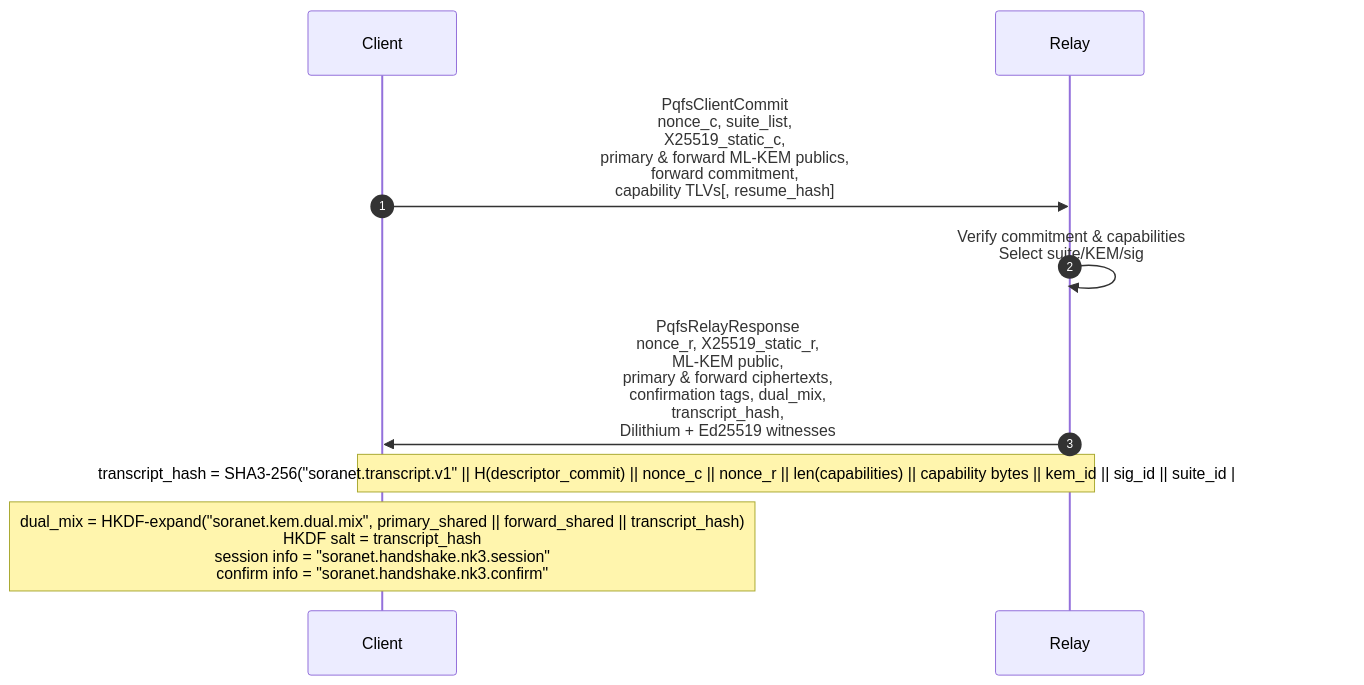
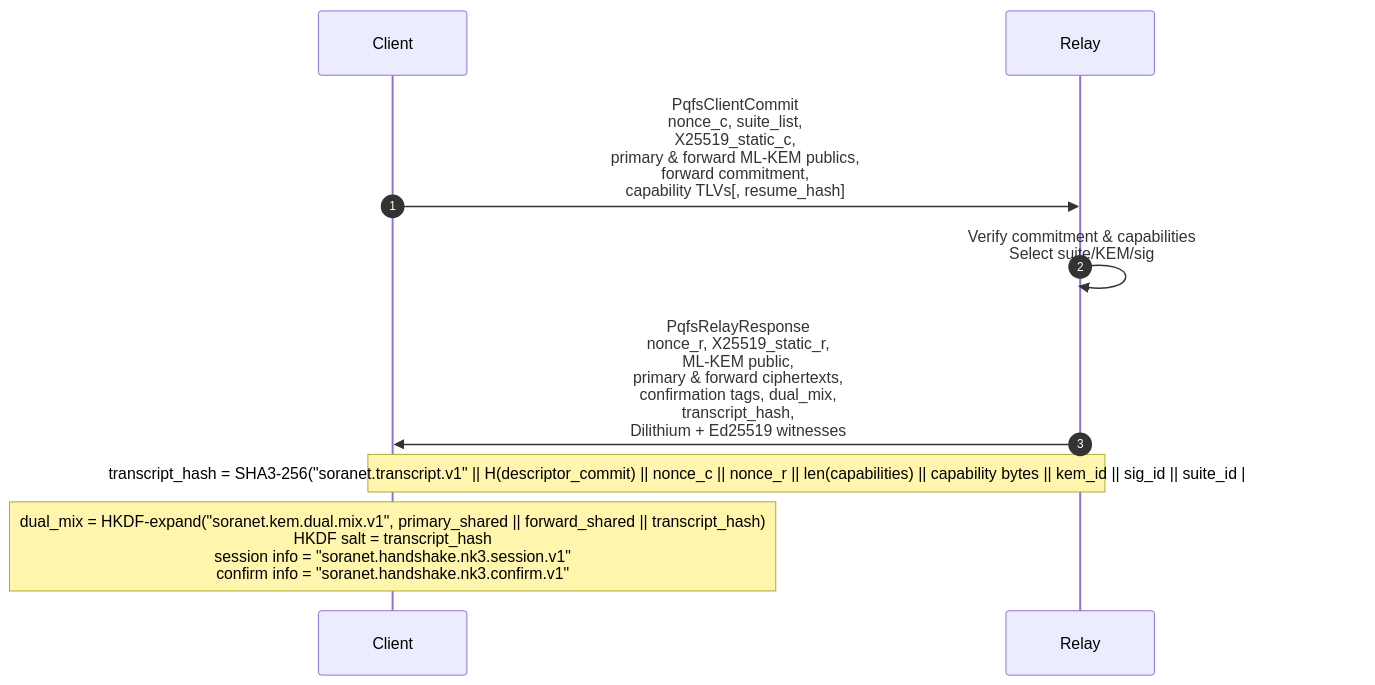
One commit to hyperledger-iroha/iroha changed the second of 2 diagrams in docs/source/soranet_handshake.am.md. Above: the diagram before and after it, drawn with Mermaid. The commit also changed other lines of this file and 188 other files, not shown here.

````diff
--- a/docs/source/soranet_handshake.am.md
+++ b/docs/source/soranet_handshake.am.md
@@ -577,12 +577,12 @@
 ```mermaid
 sequenceDiagram
     autonumber
     participant C as Client
     participant R as Relay
 
     C->>R: PqfsClientCommit<br/>nonce_c, suite_list,<br/>X25519_static_c,<br/>primary & forward ML-KEM publics,<br/>forward commitment,<br/>capability TLVs[, resume_hash]
     R->>R: Verify commitment & capabilities<br/>Select suite/KEM/sig
     R->>C: PqfsRelayResponse<br/>nonce_r, X25519_static_r,<br/>ML-KEM public,<br/>primary & forward ciphertexts,<br/>confirmation tags, dual_mix,<br/>transcript_hash,<br/>Dilithium + Ed25519 witnesses
     Note over C,R: transcript_hash = SHA3-256("soranet.transcript.v1" || H(descriptor_commit) || nonce_c || nonce_r || len(capabilities) || capability bytes || kem_id || sig_id || suite_id || resume_hash?)
-    Note over C: dual_mix = HKDF-expand("soranet.kem.dual.mix", primary_shared || forward_shared || transcript_hash)<br/>HKDF salt = transcript_hash<br/>session info = "soranet.handshake.nk3.session"<br/>confirm info = "soranet.handshake.nk3.confirm"
+    Note over C: dual_mix = HKDF-expand("soranet.kem.dual.mix.v1", primary_shared || forward_shared || transcript_hash)<br/>HKDF salt = transcript_hash<br/>session info = "soranet.handshake.nk3.session.v1"<br/>confirm info = "soranet.handshake.nk3.confirm.v1"
 ```
````
